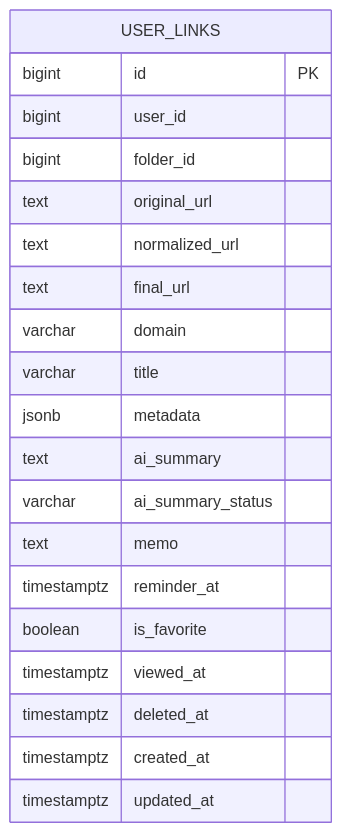
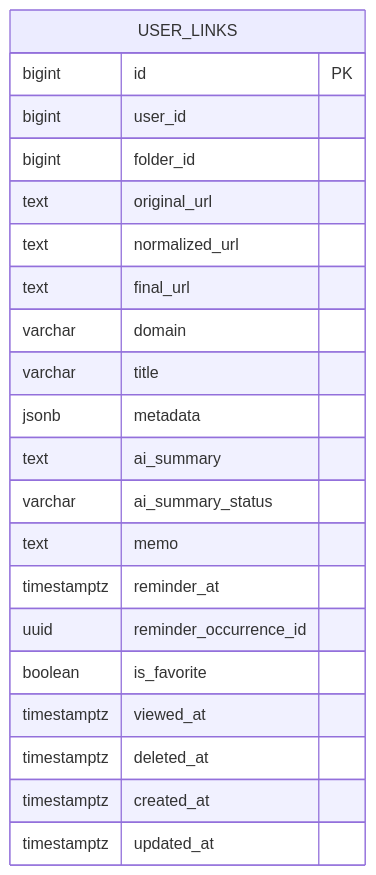
The diagram in docs/database/tables/user_links.md (mash-up-kr/Promise.9-Server), drawn with Mermaid before and after one commit. The commit also changed other lines of this file and 7 other files, not shown here.

````diff
--- a/docs/database/tables/user_links.md
+++ b/docs/database/tables/user_links.md
@@ -7,23 +7,24 @@
 ```mermaid
 erDiagram
   USER_LINKS {
     bigint id PK
     bigint user_id
     bigint folder_id
     text original_url
     text normalized_url
     text final_url
     varchar domain
     varchar title
     jsonb metadata
     text ai_summary
     varchar ai_summary_status
     text memo
     timestamptz reminder_at
+    uuid reminder_occurrence_id
     boolean is_favorite
     timestamptz viewed_at
     timestamptz deleted_at
     timestamptz created_at
     timestamptz updated_at
   }
 ```
````
